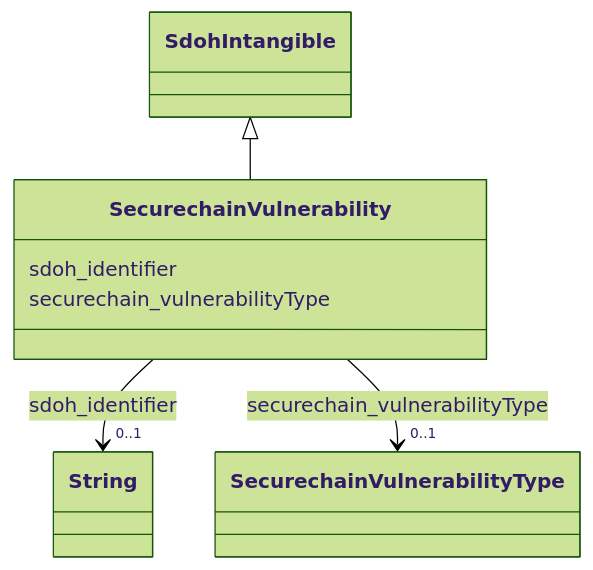
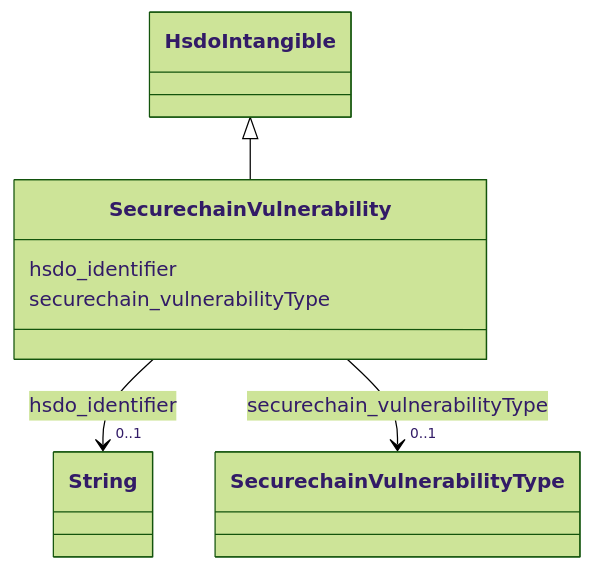
One commit to frink-okn/graph-descriptions changed the diagram in secure-chain-kg/classes/SecurechainVulnerability.md. Above: the diagram before and after it, drawn with Mermaid (forest theme). The commit also changed other lines of this file and 45 other files, not shown here.

````diff
--- a/secure-chain-kg/classes/SecurechainVulnerability.md
+++ b/secure-chain-kg/classes/SecurechainVulnerability.md
@@ -19,27 +19,27 @@
 ```mermaid
  classDiagram
     class SecurechainVulnerability
     click SecurechainVulnerability href "../SecurechainVulnerability"
-      SdohIntangible <|-- SecurechainVulnerability
-        click SdohIntangible href "../SdohIntangible"
+      HsdoIntangible <|-- SecurechainVulnerability
+        click HsdoIntangible href "../HsdoIntangible"
       
-      SecurechainVulnerability : sdoh_identifier
+      SecurechainVulnerability : hsdo_identifier
         
           
     
     
-    SecurechainVulnerability --> "0..1" String : sdoh_identifier
+    SecurechainVulnerability --> "0..1" String : hsdo_identifier
     click String href "../String"
 
         
       SecurechainVulnerability : securechain_vulnerabilityType
         
           
     
     
     SecurechainVulnerability --> "0..1" SecurechainVulnerabilityType : securechain_vulnerabilityType
     click SecurechainVulnerabilityType href "../SecurechainVulnerabilityType"
 
         
       
 ```
````
